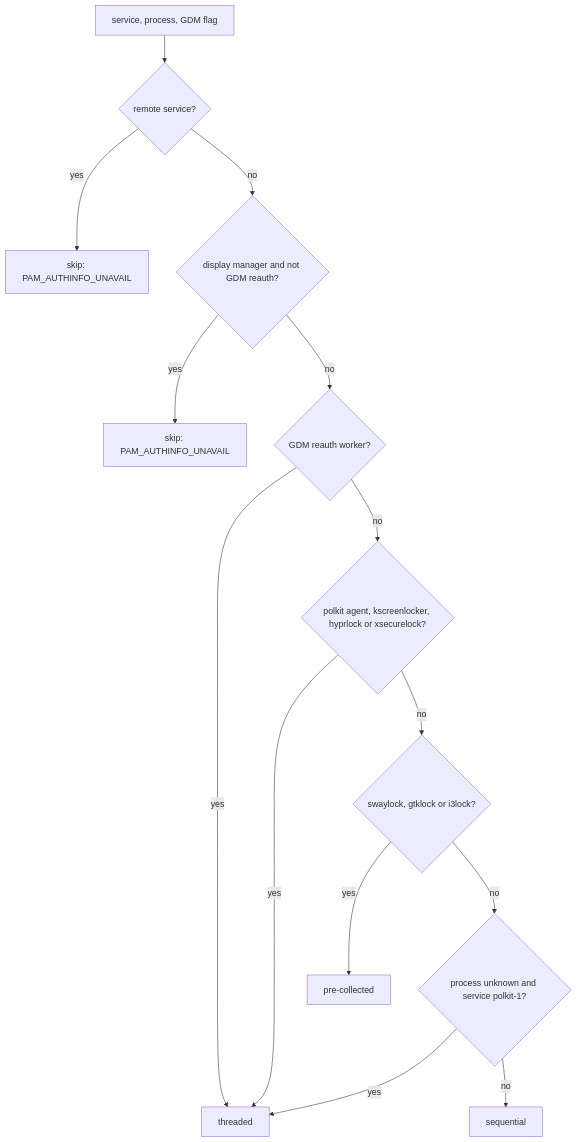
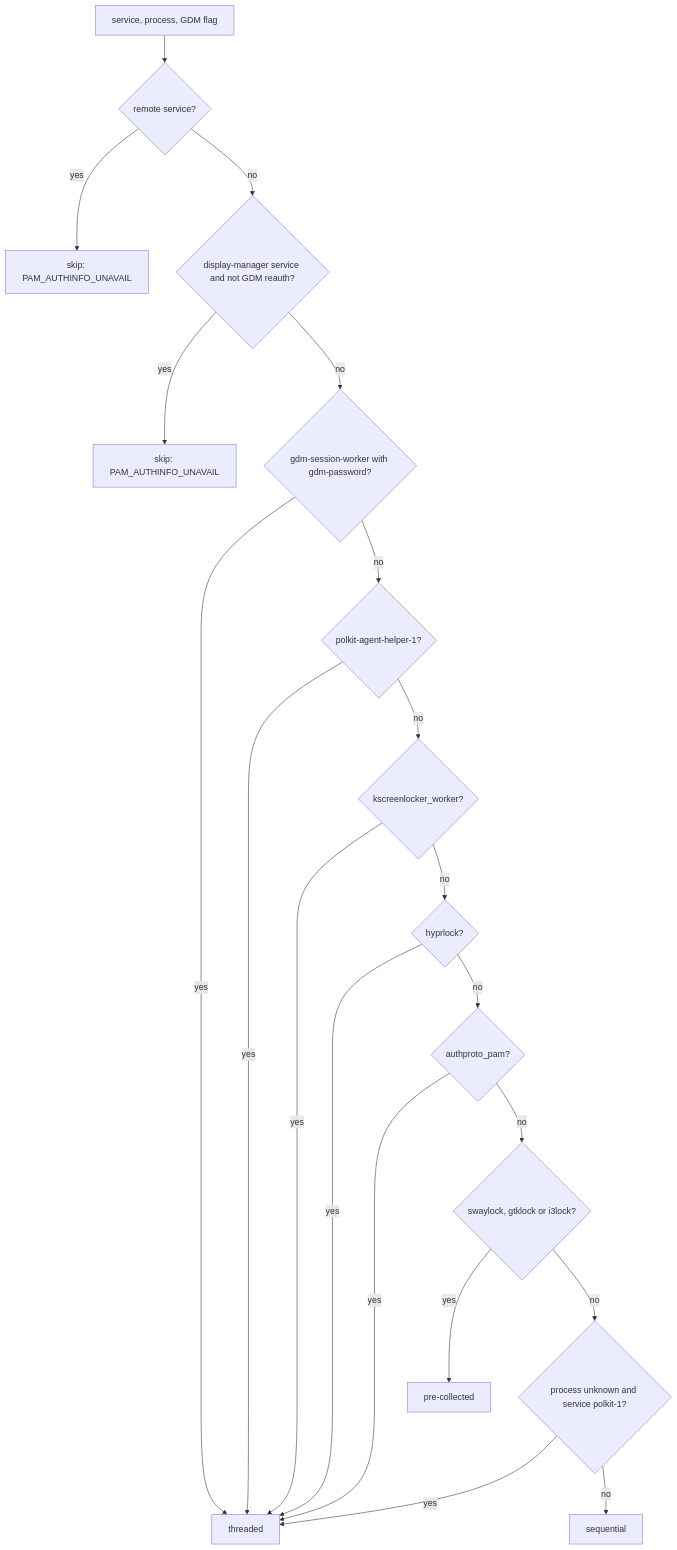
One commit to Lolle2000la/tapauth changed the fourth of 8 diagrams in docs/design-documents/pam-conversation-policy.md. Above: the diagram before and after it, drawn with Mermaid. The commit also changed other lines of this file and 1 other file, not shown here.

Commit message:
docs: correct review findings in the PAM policy reference

````diff
--- a/docs/design-documents/pam-conversation-policy.md
+++ b/docs/design-documents/pam-conversation-policy.md
@@ -181,16 +184,22 @@
 ```mermaid
 flowchart TD
     A[service, process, GDM flag] --> B{remote service?}
     B -- yes --> R[skip: PAM_AUTHINFO_UNAVAIL]
-    B -- no --> C{display manager and not GDM reauth?}
+    B -- no --> C{display-manager service and not GDM reauth?}
     C -- yes --> S[skip: PAM_AUTHINFO_UNAVAIL]
-    C -- no --> D{GDM reauth worker?}
+    C -- no --> D{gdm-session-worker with gdm-password?}
     D -- yes --> T[threaded]
-    D -- no --> E{polkit agent, kscreenlocker, hyprlock or xsecurelock?}
+    D -- no --> E{polkit-agent-helper-1?}
     E -- yes --> T
-    E -- no --> F{swaylock, gtklock or i3lock?}
-    F -- yes --> P[pre-collected]
-    F -- no --> G{process unknown and service polkit-1?}
+    E -- no --> F{kscreenlocker_worker?}
+    F -- yes --> T
+    F -- no --> G{hyprlock?}
     G -- yes --> T
-    G -- no --> Q[sequential]
+    G -- no --> H{authproto_pam?}
+    H -- yes --> T
+    H -- no --> I{swaylock, gtklock or i3lock?}
+    I -- yes --> P[pre-collected]
+    I -- no --> J{process unknown and service polkit-1?}
+    J -- yes --> T
+    J -- no --> Q[sequential]
 ```
````
